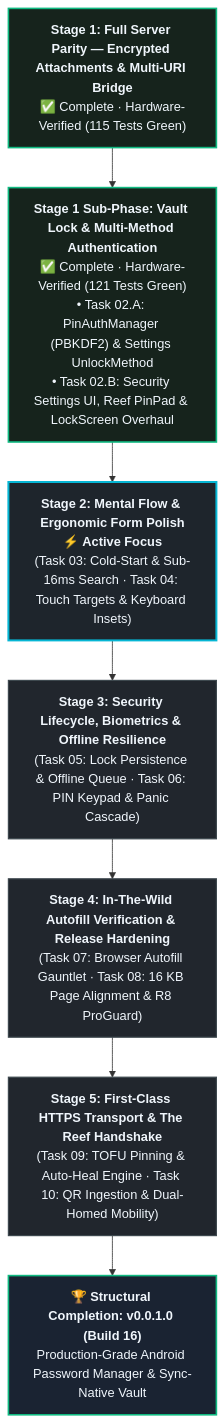
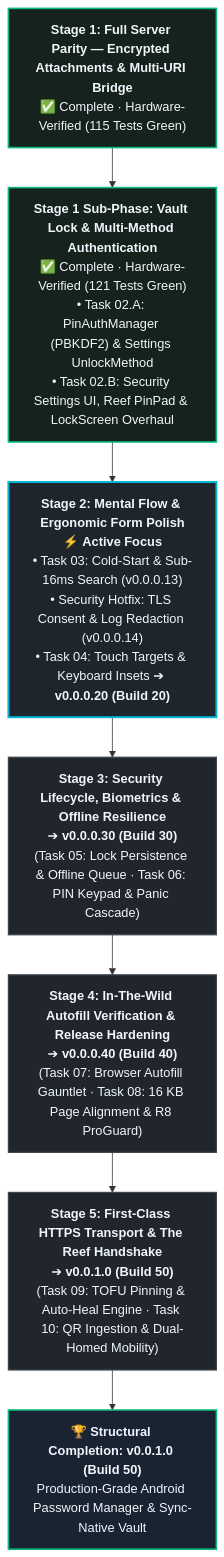
The diagram in project/meta-prompt-ai-studio.md (ClawStackStudios/ShellGuard-Mobile), drawn with Mermaid before and after one commit. The commit also changed other lines of this file and 12 other files, not shown here.

First line of the commit message:
chore(release): bump version to 0.0.0.14 (Build 14) and realign roadmap to decade intervals

````diff
--- a/project/meta-prompt-ai-studio.md
+++ b/project/meta-prompt-ai-studio.md
@@ -16,23 +16,23 @@
 ```mermaid
 flowchart TD
     classDef stageDone fill:#16231C,stroke:#10B981,stroke-width:2px,color:#F0F6FC;
     classDef stageActive fill:#1E252C,stroke:#06B6D4,stroke-width:2.5px,color:#F0F6FC;
     classDef stageNext fill:#21262D,stroke:#3D484E,stroke-width:1.5px,color:#F0F6FC;
     classDef targetMilestone fill:#1A2332,stroke:#10B981,stroke-width:2px,color:#F0F6FC;
 
     S1["<b>Stage 1: Full Server Parity — Encrypted Attachments & Multi-URI Bridge</b><br/>✅ Complete · Hardware-Verified (115 Tests Green)"]:::stageDone
 
     S1_SUB["<b>Stage 1 Sub-Phase: Vault Lock & Multi-Method Authentication</b><br/>✅ Complete · Hardware-Verified (121 Tests Green)<br/>• Task 02.A: PinAuthManager (PBKDF2) & Settings UnlockMethod<br/>• Task 02.B: Security Settings UI, Reef PinPad & LockScreen Overhaul"]:::stageDone
 
-    S2["<b>Stage 2: Mental Flow & Ergonomic Form Polish</b><br/>⚡ <b>Active Focus</b><br/>(Task 03: Cold-Start & Sub-16ms Search · Task 04: Touch Targets & Keyboard Insets)"]:::stageActive
+    S2["<b>Stage 2: Mental Flow & Ergonomic Form Polish</b><br/>⚡ <b>Active Focus</b><br/>• Task 03: Cold-Start & Sub-16ms Search (v0.0.0.13)<br/>• Security Hotfix: TLS Consent & Log Redaction (v0.0.0.14)<br/>• Task 04: Touch Targets & Keyboard Insets ➔ <b>v0.0.0.20 (Build 20)</b>"]:::stageActive
 
-    S3["<b>Stage 3: Security Lifecycle, Biometrics & Offline Resilience</b><br/>(Task 05: Lock Persistence & Offline Queue · Task 06: PIN Keypad & Panic Cascade)"]:::stageNext
+    S3["<b>Stage 3: Security Lifecycle, Biometrics & Offline Resilience</b><br/>➔ <b>v0.0.0.30 (Build 30)</b><br/>(Task 05: Lock Persistence & Offline Queue · Task 06: PIN Keypad & Panic Cascade)"]:::stageNext
 
-    S4["<b>Stage 4: In-The-Wild Autofill Verification & Release Hardening</b><br/>(Task 07: Browser Autofill Gauntlet · Task 08: 16 KB Page Alignment & R8 ProGuard)"]:::stageNext
+    S4["<b>Stage 4: In-The-Wild Autofill Verification & Release Hardening</b><br/>➔ <b>v0.0.0.40 (Build 40)</b><br/>(Task 07: Browser Autofill Gauntlet · Task 08: 16 KB Page Alignment & R8 ProGuard)"]:::stageNext
 
-    S5["<b>Stage 5: First-Class HTTPS Transport & The Reef Handshake</b><br/>(Task 09: TOFU Pinning & Auto-Heal Engine · Task 10: QR Ingestion & Dual-Homed Mobility)"]:::stageNext
+    S5["<b>Stage 5: First-Class HTTPS Transport & The Reef Handshake</b><br/>➔ <b>v0.0.1.0 (Build 50)</b><br/>(Task 09: TOFU Pinning & Auto-Heal Engine · Task 10: QR Ingestion & Dual-Homed Mobility)"]:::stageNext
 
-    M1["<b>🏆 Structural Completion: v0.0.1.0 (Build 16)</b><br/>Production-Grade Android Password Manager & Sync-Native Vault"]:::targetMilestone
+    M1["<b>🏆 Structural Completion: v0.0.1.0 (Build 50)</b><br/>Production-Grade Android Password Manager & Sync-Native Vault"]:::targetMilestone
 
     S1 --> S1_SUB --> S2 --> S3 --> S4 --> S5 --> M1
 ```
````
